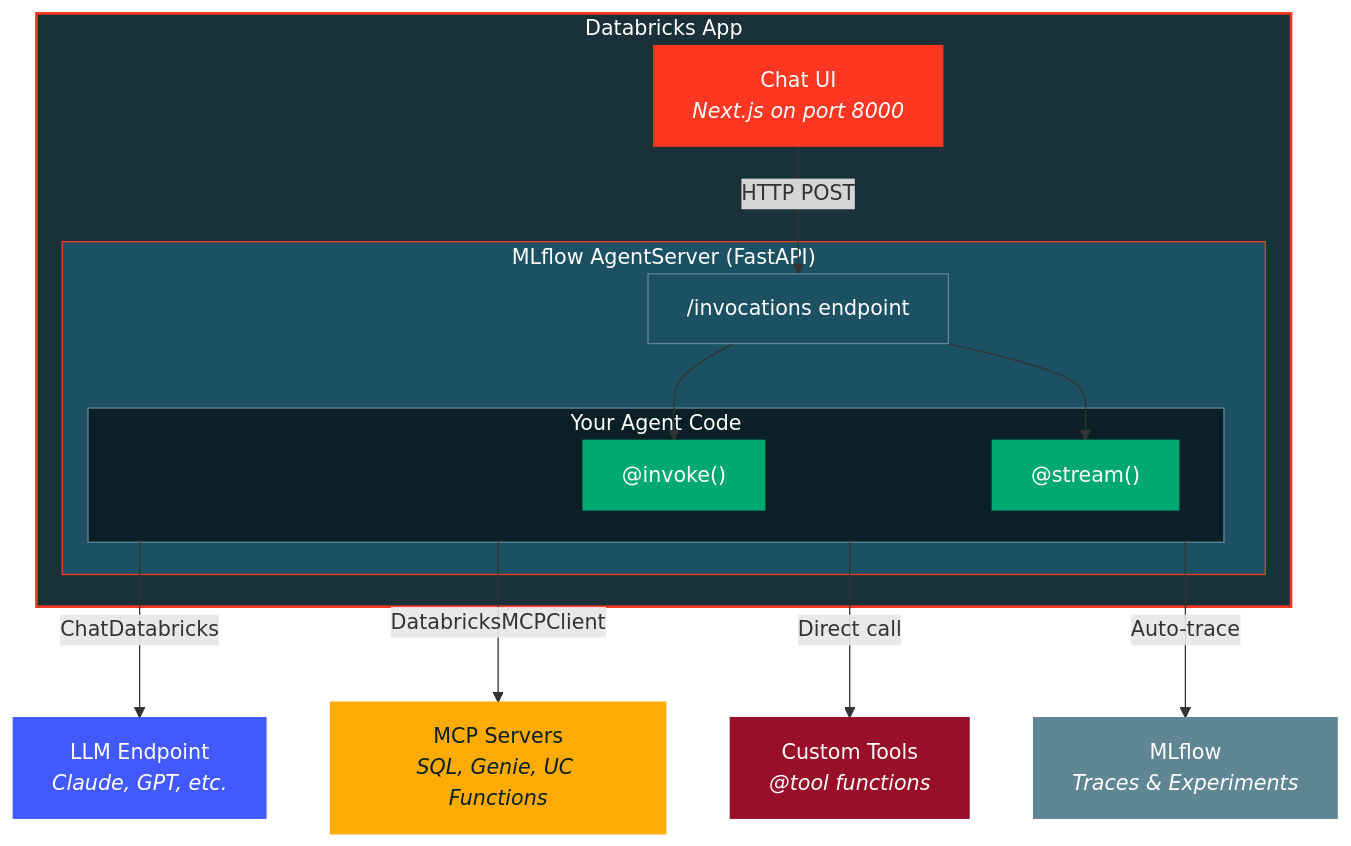
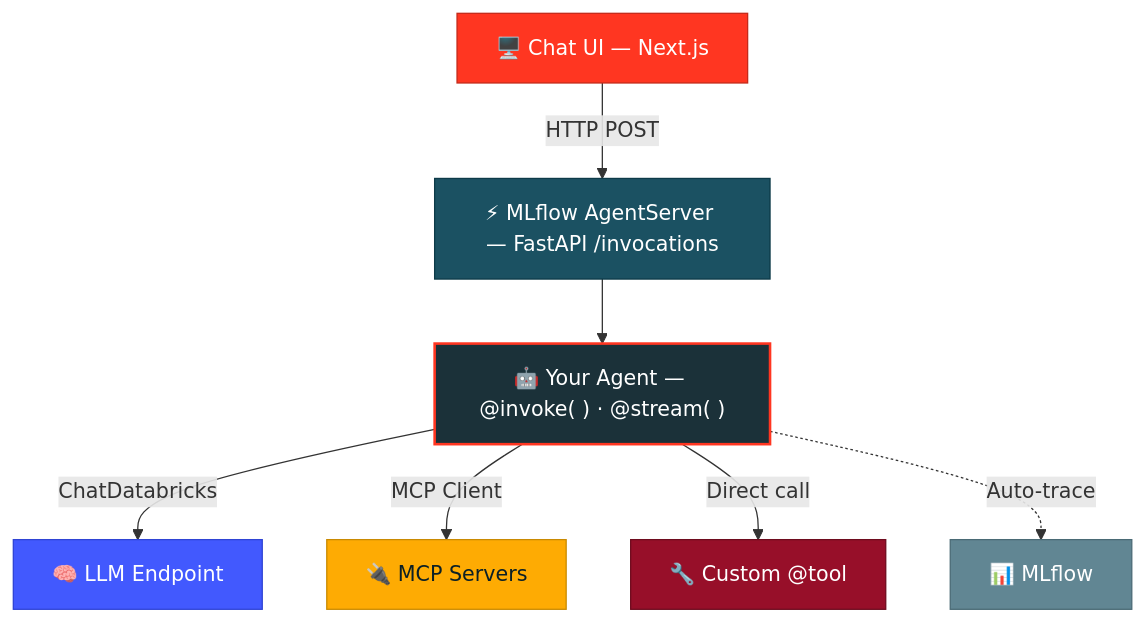
The first of 4 diagrams in 01-introduction/README.md (natefleming/agents-on-apps-workshop), drawn with Mermaid before and after one commit. The commit also changed other lines of this file, not shown here.

First line of the commit message:
Simplify Mermaid diagrams for cleaner GitHub rendering

````diff
--- a/01-introduction/README.md
+++ b/01-introduction/README.md
@@ -18,34 +18,22 @@
 ```mermaid
 graph TB
-    subgraph APP["Databricks App"]
-        UI["Chat UI<br/><i>Next.js on port 8000</i>"]
-        subgraph SERVER["MLflow AgentServer (FastAPI)"]
-            EP["/invocations endpoint"]
-            subgraph AGENT["Your Agent Code"]
-                INV["@invoke()"]
-                STR["@stream()"]
-            end
-        end
-    end
+    UI["🖥️ Chat UI — Next.js"]
+    SERVER["⚡ MLflow AgentServer — FastAPI /invocations"]
+    AGENT["🤖 Your Agent — @invoke( ) · @stream( )"]
 
-    UI -->|HTTP POST| EP
-    EP --> INV
-    EP --> STR
+    UI -- "HTTP POST" --> SERVER
+    SERVER --> AGENT
 
-    AGENT -->|ChatDatabricks| LLM["LLM Endpoint<br/><i>Claude, GPT, etc.</i>"]
-    AGENT -->|DatabricksMCPClient| MCP["MCP Servers<br/><i>SQL, Genie, UC Functions</i>"]
-    AGENT -->|Direct call| TOOLS["Custom Tools<br/><i>@tool functions</i>"]
-    AGENT -->|Auto-trace| MLFLOW["MLflow<br/><i>Traces & Experiments</i>"]
+    AGENT -- "ChatDatabricks" --> LLM["🧠 LLM Endpoint"]
+    AGENT -- "MCP Client" --> MCP["🔌 MCP Servers"]
+    AGENT -- "Direct call" --> TOOLS["🔧 Custom @tool"]
+    AGENT -. "Auto-trace" .-> MLFLOW["📊 MLflow"]
 
-    style APP fill:#1B3139,stroke:#FF3621,stroke-width:2px,color:#fff
-    style SERVER fill:#1B5162,stroke:#FF3621,stroke-width:1px,color:#fff
-    style AGENT fill:#0B2026,stroke:#618693,stroke-width:1px,color:#fff
-    style UI fill:#FF3621,stroke:#FF3621,color:#fff
-    style EP fill:#1B5162,stroke:#618693,color:#fff
-    style INV fill:#00A972,stroke:#00A972,color:#fff
-    style STR fill:#00A972,stroke:#00A972,color:#fff
-    style LLM fill:#4259FE,stroke:#4259FE,color:#fff
-    style MCP fill:#FEAB03,stroke:#FEAB03,color:#0B2026
-    style TOOLS fill:#970F29,stroke:#970F29,color:#fff
-    style MLFLOW fill:#618693,stroke:#618693,color:#fff
+    style UI fill:#FF3621,stroke:#c42a1a,color:#fff
+    style SERVER fill:#1B5162,stroke:#0d3a48,color:#fff
+    style AGENT fill:#1B3139,stroke:#FF3621,stroke-width:2px,color:#fff
+    style LLM fill:#4259FE,stroke:#2f44d4,color:#fff
+    style MCP fill:#FEAB03,stroke:#c98a02,color:#0B2026
+    style TOOLS fill:#970F29,stroke:#6e0b1e,color:#fff
+    style MLFLOW fill:#618693,stroke:#4a6a75,color:#fff
 ```
````
